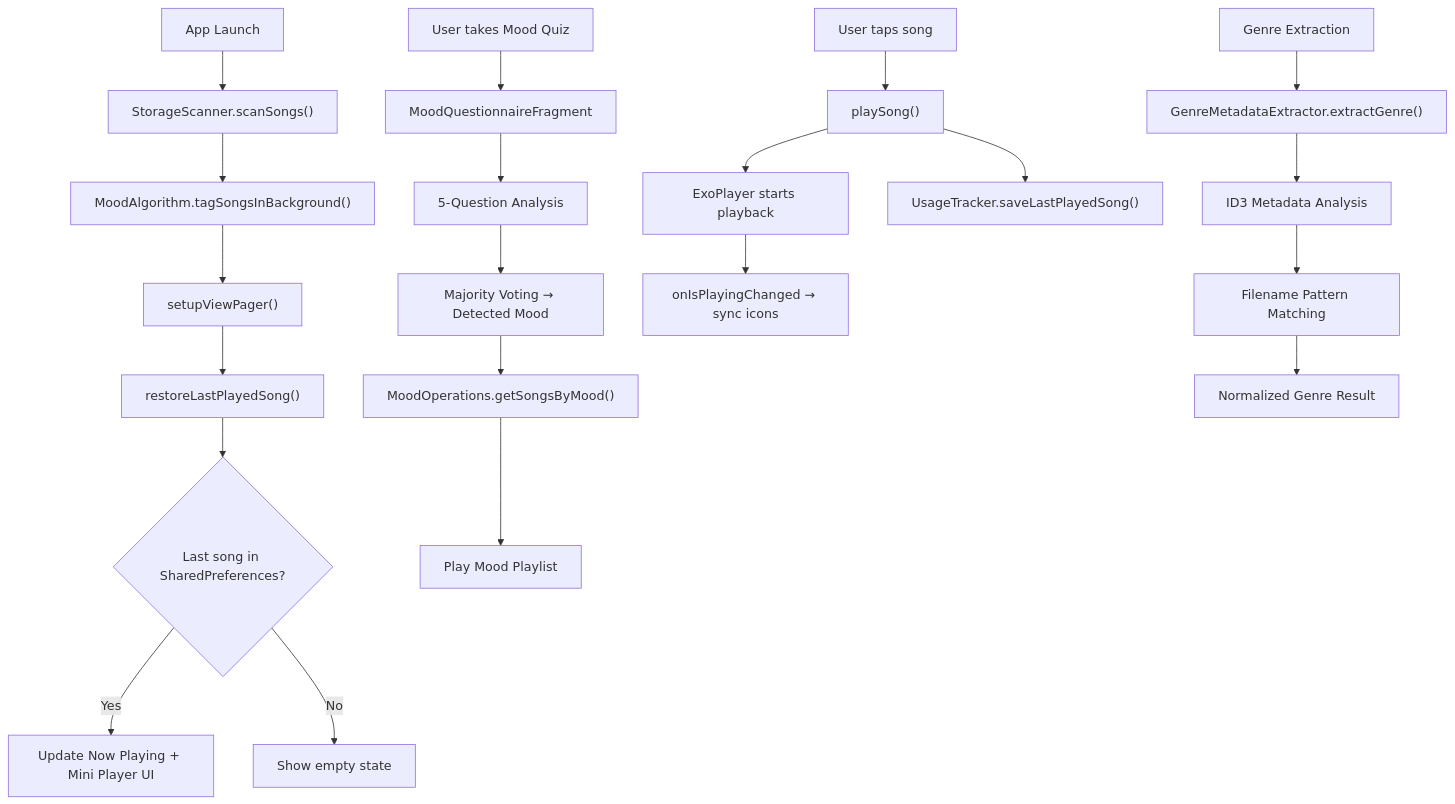
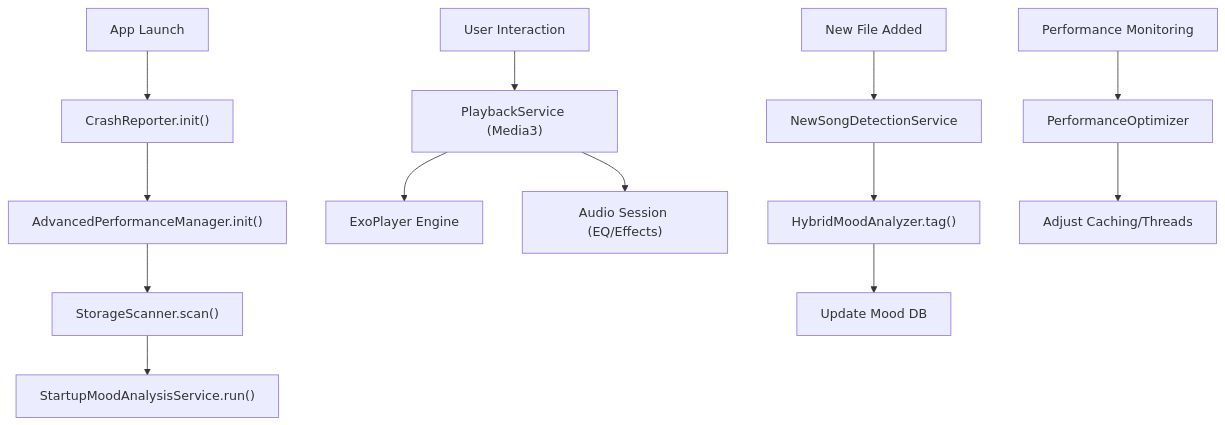
One commit to yashmehta04/MADProject changed the diagram in project_walkthrough.md. Above: the diagram before and after it, drawn with Mermaid. The commit also changed other lines of this file and 29 other files, not shown here.

````diff
--- a/project_walkthrough.md
+++ b/project_walkthrough.md
@@ -94,26 +77,18 @@
 ```mermaid
 graph TD
-    A["App Launch"] --> B["StorageScanner.scanSongs()"]
-    B --> C["MoodAlgorithm.tagSongsInBackground()"]
-    C --> D["setupViewPager()"]
-    D --> E["restoreLastPlayedSong()"]
-    E --> F{"Last song in SharedPreferences?"}
-    F -->|Yes| G["Update Now Playing + Mini Player UI"]
-    F -->|No| H["Show empty state"]
+    A["App Launch"] --> B["CrashReporter.init()"]
+    B --> C["AdvancedPerformanceManager.init()"]
+    C --> D["StorageScanner.scan()"]
+    D --> E["StartupMoodAnalysisService.run()"]
     
-    I["User takes Mood Quiz"] --> J["MoodQuestionnaireFragment"]
-    J --> K["5-Question Analysis"]
-    K --> L["Majority Voting → Detected Mood"]
-    L --> M["MoodOperations.getSongsByMood()"]
-    M --> N["Play Mood Playlist"]
+    F["User Interaction"] --> G["PlaybackService (Media3)"]
+    G --> H["ExoPlayer Engine"]
+    G --> I["Audio Session (EQ/Effects)"]
     
-    O["User taps song"] --> P["playSong()"]
-    P --> Q["ExoPlayer starts playback"]
-    P --> R["UsageTracker.saveLastPlayedSong()"]
-    Q --> S["onIsPlayingChanged → sync icons"]
+    J["New File Added"] --> K["NewSongDetectionService"]
+    K --> L["HybridMoodAnalyzer.tag()"]
+    L --> M["Update Mood DB"]
     
-    T["Genre Extraction"] --> U["GenreMetadataExtractor.extractGenre()"]
-    U --> V["ID3 Metadata Analysis"]
-    V --> W["Filename Pattern Matching"]
-    W --> X["Normalized Genre Result"]
+    N["Performance Monitoring"] --> O["PerformanceOptimizer"]
+    O --> P["Adjust Caching/Threads"]
 ```
````
